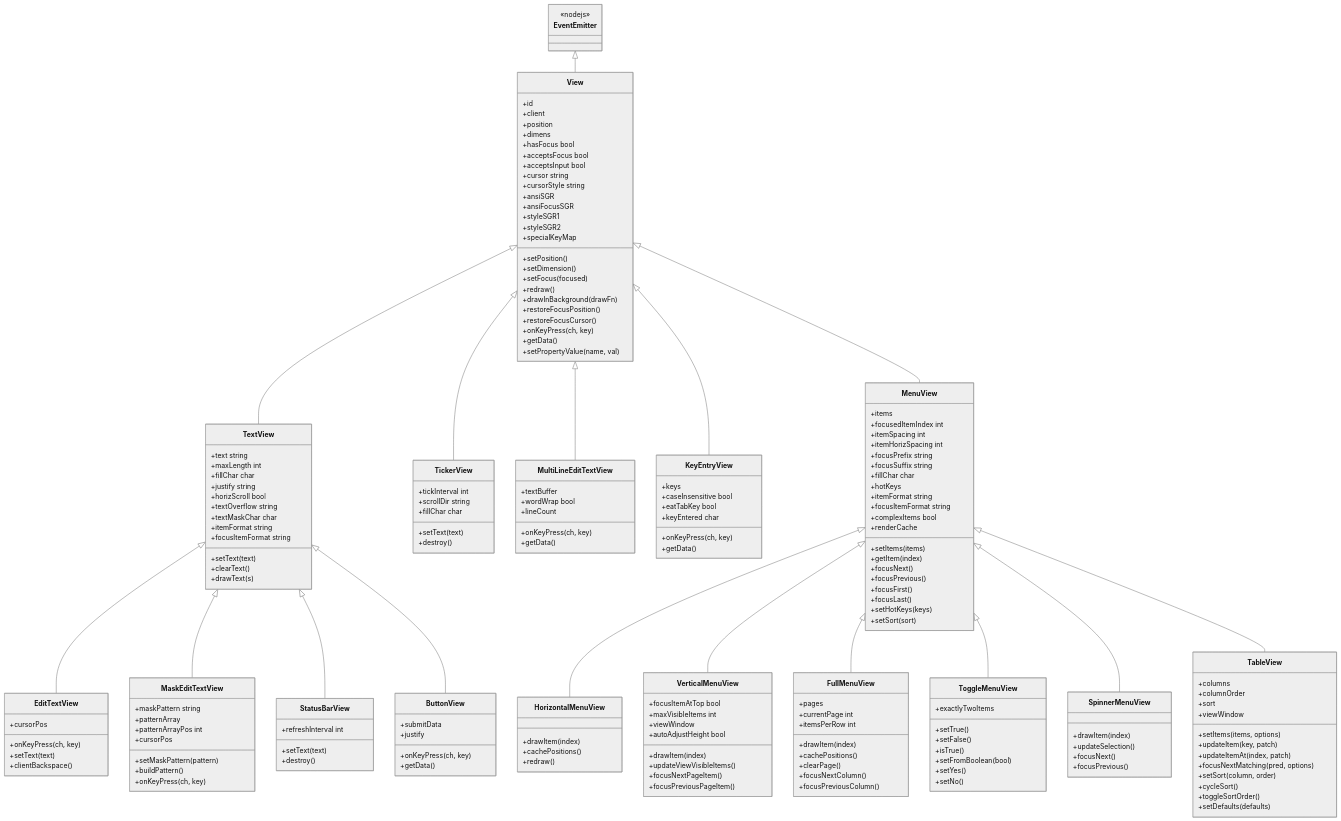
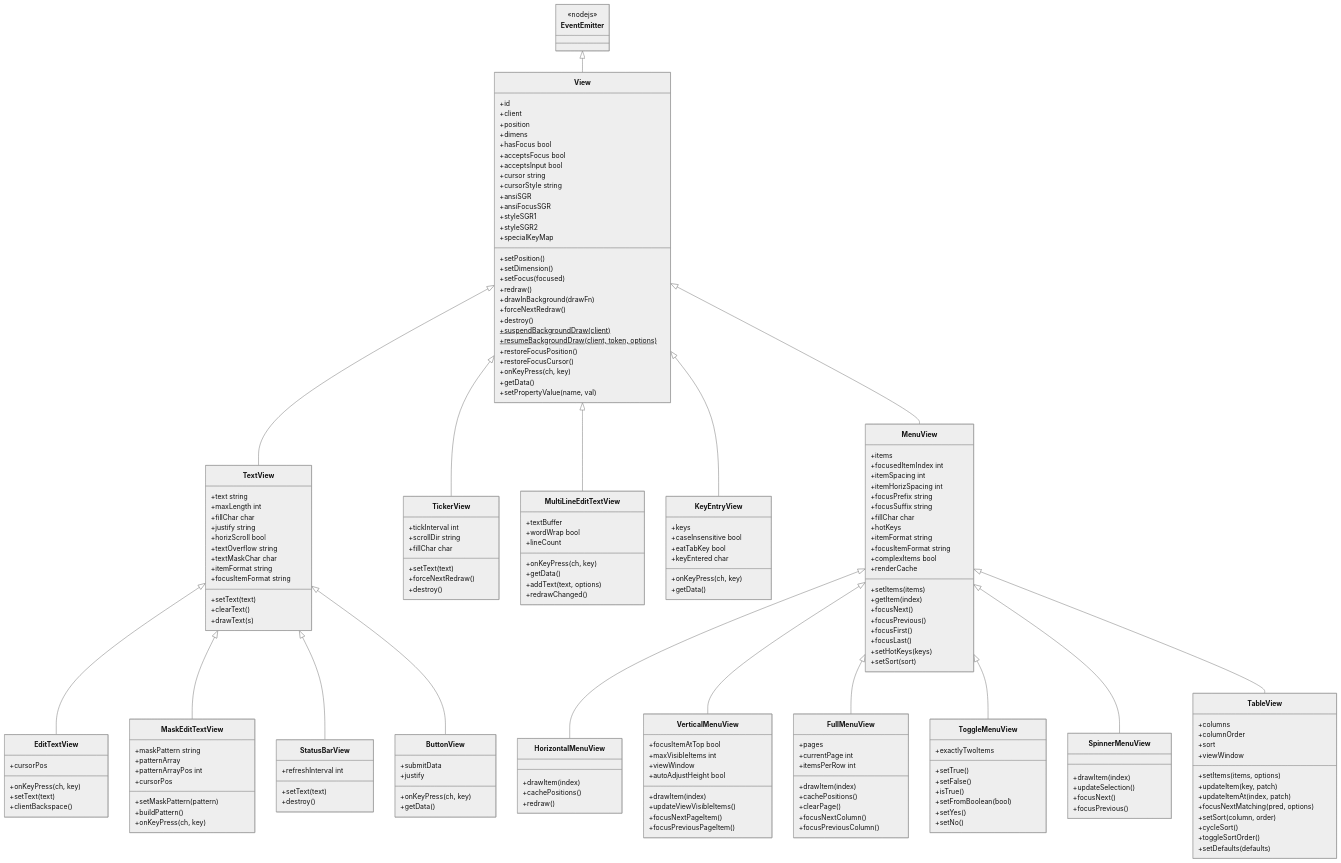
Before and after one commit to NuSkooler/enigma-bbs: the diagram in website/src/content/docs/art/views/views.md, drawn with Mermaid (neutral theme). The commit also changed other lines of this file and 36 other files, not shown here.

```diff
--- a/website/src/content/docs/art/views/views.md
+++ b/website/src/content/docs/art/views/views.md
@@ -169,6 +169,10 @@
         +setFocus(focused)
         +redraw()
         +drawInBackground(drawFn)
+        +forceNextRedraw()
+        +destroy()
+        +suspendBackgroundDraw(client)$
+        +resumeBackgroundDraw(client, token, options)$
         +restoreFocusPosition()
         +restoreFocusCursor()
         +onKeyPress(ch, key)
@@ -196,6 +200,7 @@
         +scrollDir string
         +fillChar char
         +setText(text)
+        +forceNextRedraw()
         +destroy()
     }
 
@@ -235,6 +240,8 @@
         +lineCount
         +onKeyPress(ch, key)
         +getData()
+        +addText(text, options)
+        +redrawChanged()
     }
 
     class KeyEntryView {
```
